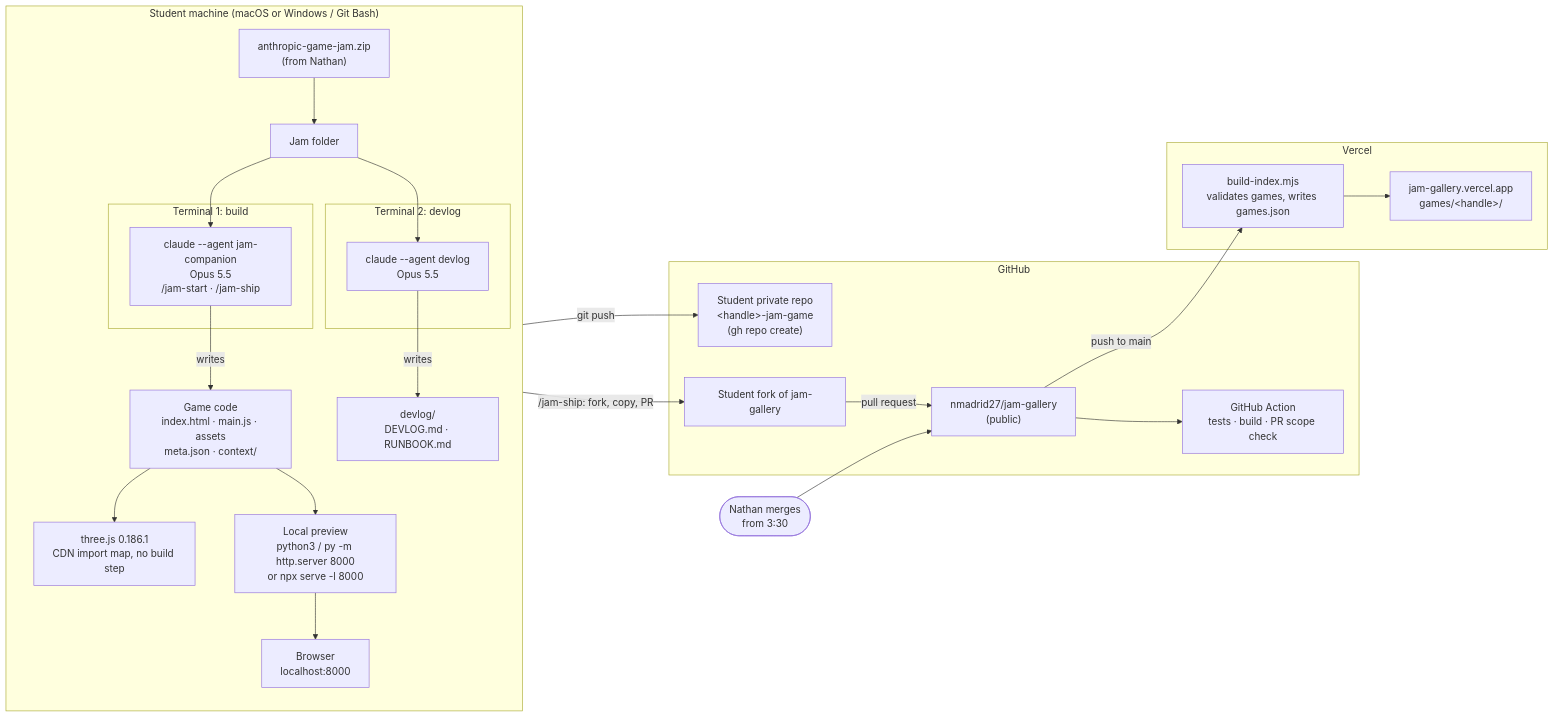
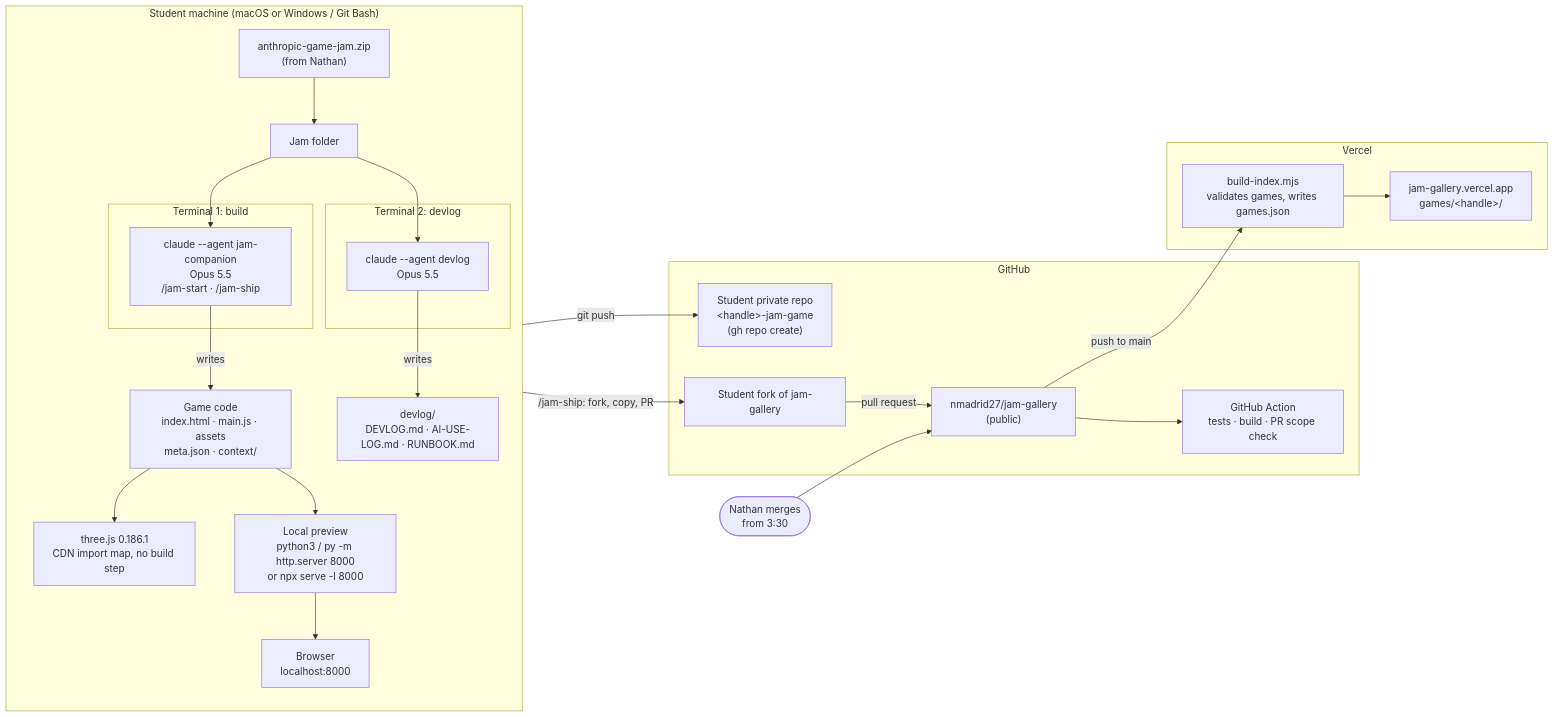
One commit to SchoolofCreativeTechnology/anthropic-game-jam changed the diagram in STACK.md. Above: the diagram before and after it, drawn with Mermaid.

Commit message:
Mention AI-USE-LOG.md in STACK diagram

````diff
--- a/STACK.md
+++ b/STACK.md
@@ -5,39 +5,39 @@
 ```mermaid
 flowchart LR
   subgraph Student["Student machine (macOS or Windows / Git Bash)"]
     direction TB
     Zip["anthropic-game-jam.zip<br/>(from Nathan)"] --> Folder["Jam folder"]
     subgraph T1["Terminal 1: build"]
       Companion["claude --agent jam-companion<br/>Opus 5.5<br/>/jam-start · /jam-ship"]
     end
     subgraph T2["Terminal 2: devlog"]
       Devlog["claude --agent devlog<br/>Opus 5.5"]
     end
     Folder --> Companion
     Folder --> Devlog
     Companion -- writes --> Game["Game code<br/>index.html · main.js · assets<br/>meta.json · context/"]
-    Devlog -- writes --> Log["devlog/<br/>DEVLOG.md · RUNBOOK.md"]
+    Devlog -- writes --> Log["devlog/<br/>DEVLOG.md · AI-USE-LOG.md · RUNBOOK.md"]
     Game --> Three["three.js 0.186.1<br/>CDN import map, no build step"]
     Game --> Serve["Local preview<br/>python3 / py -m http.server 8000<br/>or npx serve -l 8000"]
     Serve --> Browser["Browser<br/>localhost:8000"]
   end
 
   subgraph GH["GitHub"]
     Private["Student private repo<br/>&lt;handle&gt;-jam-game<br/>(gh repo create)"]
     Fork["Student fork of jam-gallery"]
     Gallery["nmadrid27/jam-gallery<br/>(public)"]
     CI["GitHub Action<br/>tests · build · PR scope check"]
   end
 
   subgraph Vercel["Vercel"]
     Build["build-index.mjs<br/>validates games, writes games.json"]
     Site["jam-gallery.vercel.app<br/>games/&lt;handle&gt;/"]
   end
 
   Companion -- git push --> Private
   Companion -- "/jam-ship: fork, copy, PR" --> Fork
   Fork -- pull request --> Gallery
   Gallery --> CI
   Nathan(["Nathan merges<br/>from 3:30"]) --> Gallery
   Gallery -- push to main --> Build --> Site
 ```
````
